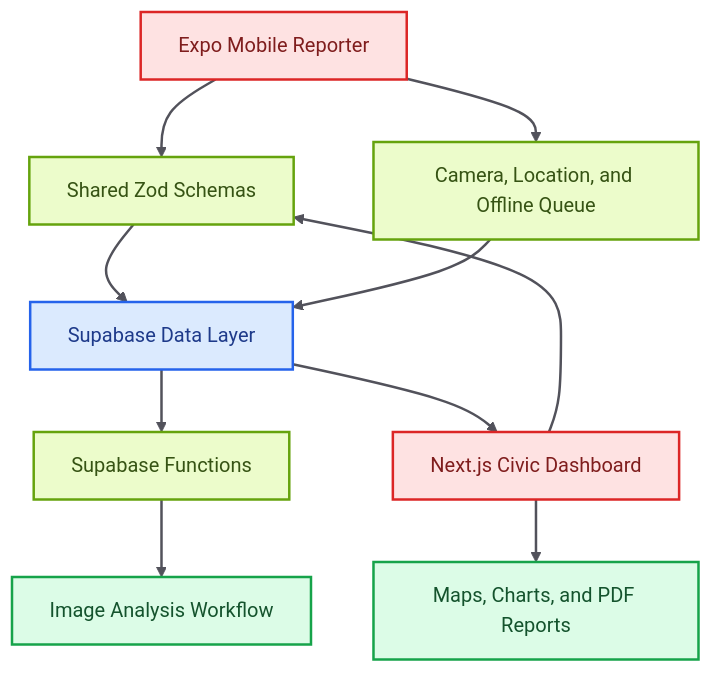
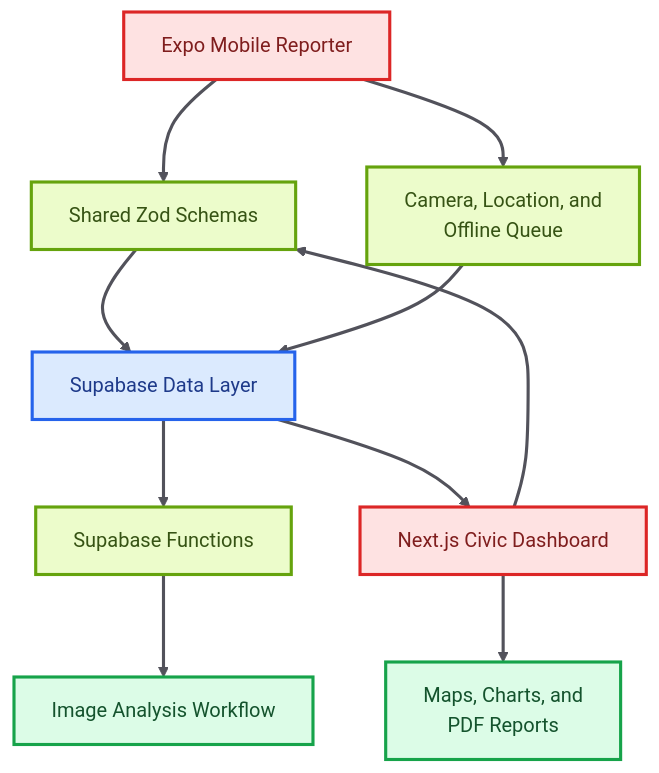
Before and after one commit to skx56/CivicSight-AI: the diagram in README.md, drawn with Mermaid.

Commit message:
Make README architecture diagram vertical

````diff
--- a/README.md
+++ b/README.md
@@ -31,23 +31,24 @@
 ```mermaid
+%%{init: {"flowchart": {"nodeSpacing": 55, "rankSpacing": 70, "curve": "basis"}, "themeVariables": {"fontSize": "16px", "fontFamily": "Inter, ui-sans-serif, system-ui, -apple-system, BlinkMacSystemFont, Segoe UI, sans-serif"}}}%%
 flowchart TD
   Mobile["Expo Mobile Reporter"] --> Shared["Shared Zod Schemas"]
   Web["Next.js Civic Dashboard"] --> Shared
   Shared --> Supabase["Supabase Data Layer"]
-  Mobile --> Capture["Camera, Location, and Offline Queue"]
+  Mobile --> Capture["Camera, Location, and<br/>Offline Queue"]
   Capture --> Supabase
   Supabase --> Functions["Supabase Functions"]
   Functions --> Analysis["Image Analysis Workflow"]
   Supabase --> Web
-  Web --> Reports["Maps, Charts, and PDF Reports"]
+  Web --> Reports["Maps, Charts, and<br/>PDF Reports"]
 
-  classDef inputs fill:#FEE2E2,stroke:#DC2626,color:#7F1D1D,stroke-width:2px;
-  classDef process fill:#ECFCCB,stroke:#65A30D,color:#365314,stroke-width:2px;
-  classDef data fill:#DBEAFE,stroke:#2563EB,color:#1E3A8A,stroke-width:2px;
-  classDef agent fill:#FAE8FF,stroke:#C026D3,color:#701A75,stroke-width:2px;
-  classDef output fill:#DCFCE7,stroke:#16A34A,color:#14532D,stroke-width:2px;
+  classDef inputs fill:#FEE2E2,stroke:#DC2626,color:#7F1D1D,stroke-width:2.5px;
+  classDef process fill:#ECFCCB,stroke:#65A30D,color:#365314,stroke-width:2.5px;
+  classDef data fill:#DBEAFE,stroke:#2563EB,color:#1E3A8A,stroke-width:2.5px;
+  classDef agent fill:#FAE8FF,stroke:#C026D3,color:#701A75,stroke-width:2.5px;
+  classDef output fill:#DCFCE7,stroke:#16A34A,color:#14532D,stroke-width:2.5px;
   class Mobile,Web inputs;
   class Shared,Capture,Functions process;
   class Supabase data;
   class Analysis,Reports output;
-  linkStyle default stroke:#52525B,stroke-width:2px;
+  linkStyle default stroke:#52525B,stroke-width:2.5px;
 ```
````
